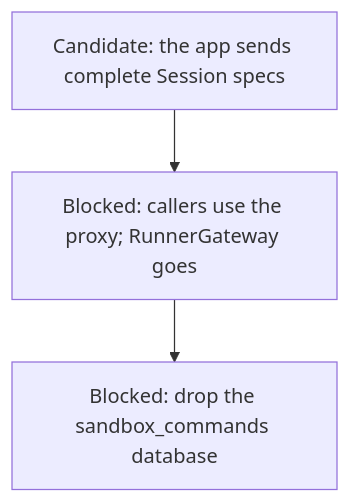
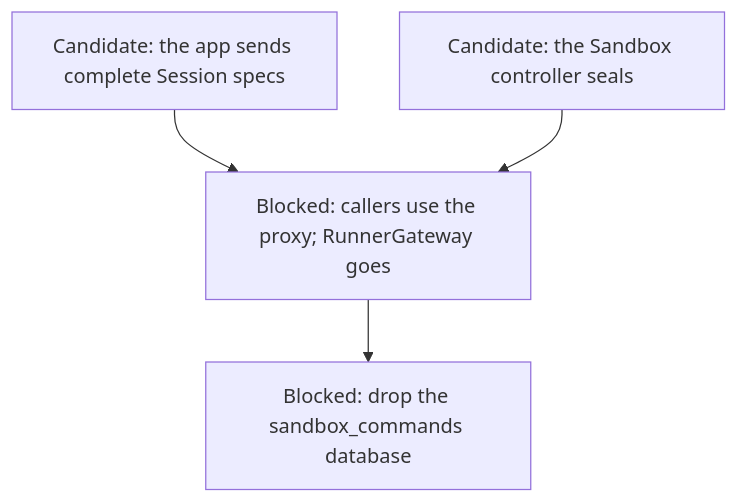
One commit to agentydragon/ducktape changed diagram 15 of 15 in agentplane/plans/task_dag.md. Above: the diagram before and after it, drawn with Mermaid. The commit also changed other lines of this file and 22 other files, not shown here.

First line of the commit message:
agentplane: the Sandbox Controller's sealer is optional until its flags are passed

````diff
--- a/agentplane/plans/task_dag.md
+++ b/agentplane/plans/task_dag.md
@@ -870,8 +870,10 @@
 ```mermaid
 flowchart TD
     APP_SESSION_DEFAULTS[Candidate: the app sends complete Session specs]
+    CONTROLLER_SEALS[Candidate: the Sandbox controller seals]
     GATEWAY_WRAPPER_RETIRE[Blocked: callers use the proxy; RunnerGateway goes]
     GATEWAY_DATABASE_DROP[Blocked: drop the sandbox_commands database]
     APP_SESSION_DEFAULTS --> GATEWAY_WRAPPER_RETIRE
+    CONTROLLER_SEALS --> GATEWAY_WRAPPER_RETIRE
     GATEWAY_WRAPPER_RETIRE --> GATEWAY_DATABASE_DROP
 ```
````
